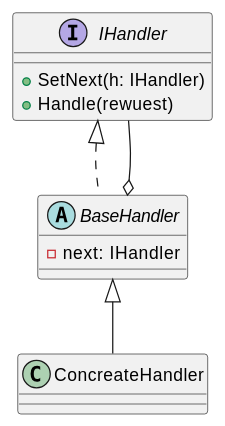
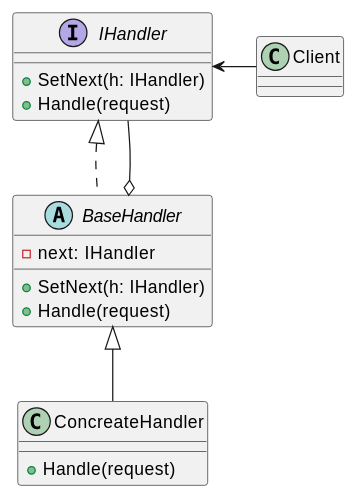
Before and after one commit to nitou-kanazawa/Notebook: the diagram in _posts/2023/03/2023-03-06-ChainOfResponsibilityパターン.md, drawn with PlantUML. The commit also changed other lines of this file and 3 other files, not shown here.

````diff
--- a/_posts/2023/03/2023-03-06-ChainOfResponsibilityパターン.md
+++ b/_posts/2023/03/2023-03-06-ChainOfResponsibilityパターン.md
@@ -17,18 +15,23 @@
 ```puml
 @startuml
 ' 要素
 interface IHandler{
-    + SetNext(h: IHandler)
-    + Handle(rewuest)
+  + SetNext(h: IHandler)
+  + Handle(request)
 }
 abstract class BaseHandler{
-    - next: IHandler
+  - next: IHandler
+  + SetNext(h: IHandler)
+  + Handle(request)
 }
-class ConcreateHandler{}
+class ConcreateHandler{
+  + Handle(request)
+}
 
 ' 依存関係
 IHandler <|.. BaseHandler
 BaseHandler o--IHandler
 BaseHandler <|-- ConcreateHandler
+Client -l-> IHandler
 @enduml
 ```
````
